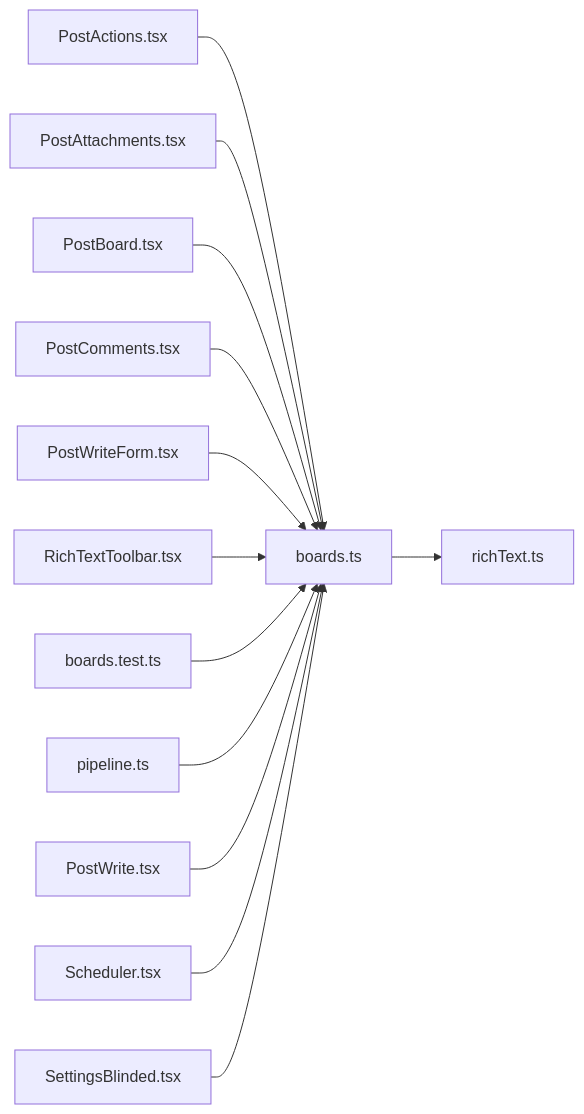
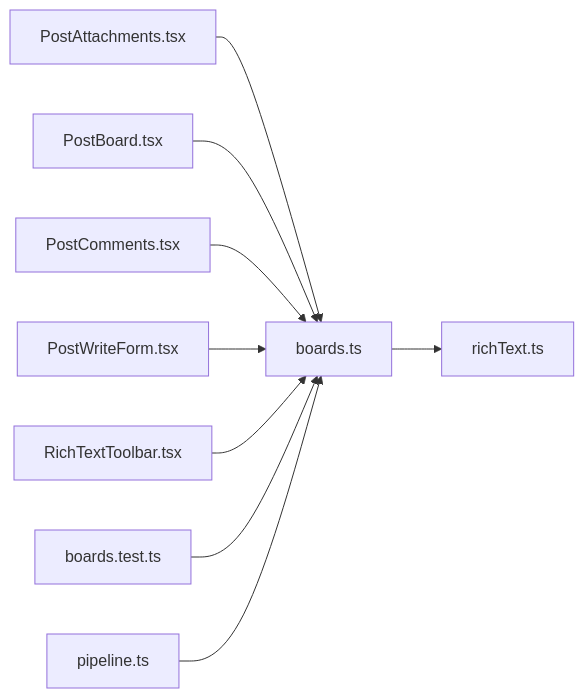
One commit to minkong-dev/Banblit changed the diagram in .cluedoc/graph/frontend/src/lib/boards.md. Above: the diagram before and after it, drawn with Mermaid. The commit also changed other lines of this file and 41 other files, not shown here.

````diff
--- a/.cluedoc/graph/frontend/src/lib/boards.md
+++ b/.cluedoc/graph/frontend/src/lib/boards.md
@@ -10,16 +10,12 @@
 ```mermaid
 flowchart LR
   frontend_src_lib_boards["boards.ts"]
   frontend_src_lib_boards --> frontend_src_lib_richText["richText.ts"]
-  frontend_src_components_PostActions["PostActions.tsx"] --> frontend_src_lib_boards
   frontend_src_components_PostAttachments["PostAttachments.tsx"] --> frontend_src_lib_boards
   frontend_src_components_PostBoard["PostBoard.tsx"] --> frontend_src_lib_boards
   frontend_src_components_PostComments["PostComments.tsx"] --> frontend_src_lib_boards
   frontend_src_components_PostWriteForm["PostWriteForm.tsx"] --> frontend_src_lib_boards
   frontend_src_components_RichTextToolbar["RichTextToolbar.tsx"] --> frontend_src_lib_boards
   frontend_src_lib_boards_test["boards.test.ts"] --> frontend_src_lib_boards
   frontend_src_lib_pipeline["pipeline.ts"] --> frontend_src_lib_boards
-  frontend_src_routes_PostWrite["PostWrite.tsx"] --> frontend_src_lib_boards
-  frontend_src_routes_Scheduler["Scheduler.tsx"] --> frontend_src_lib_boards
-  frontend_src_routes_SettingsBlinded["SettingsBlinded.tsx"] --> frontend_src_lib_boards
 ```
````
